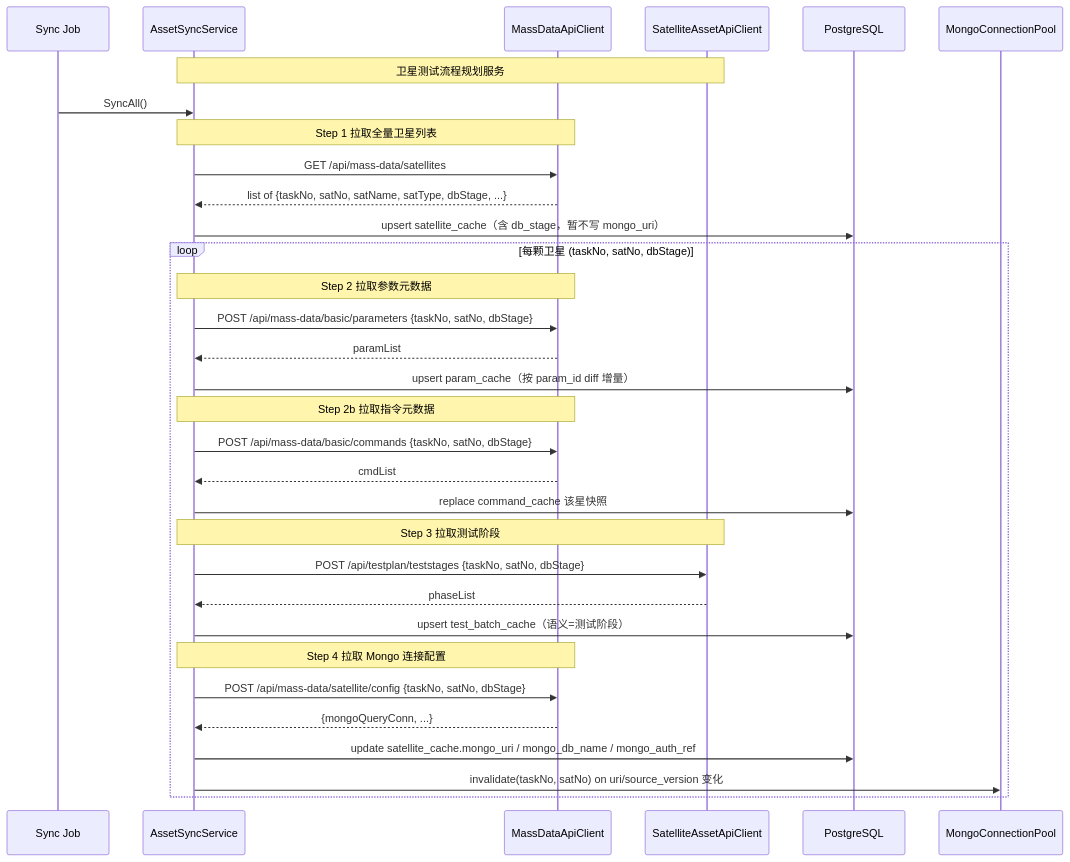
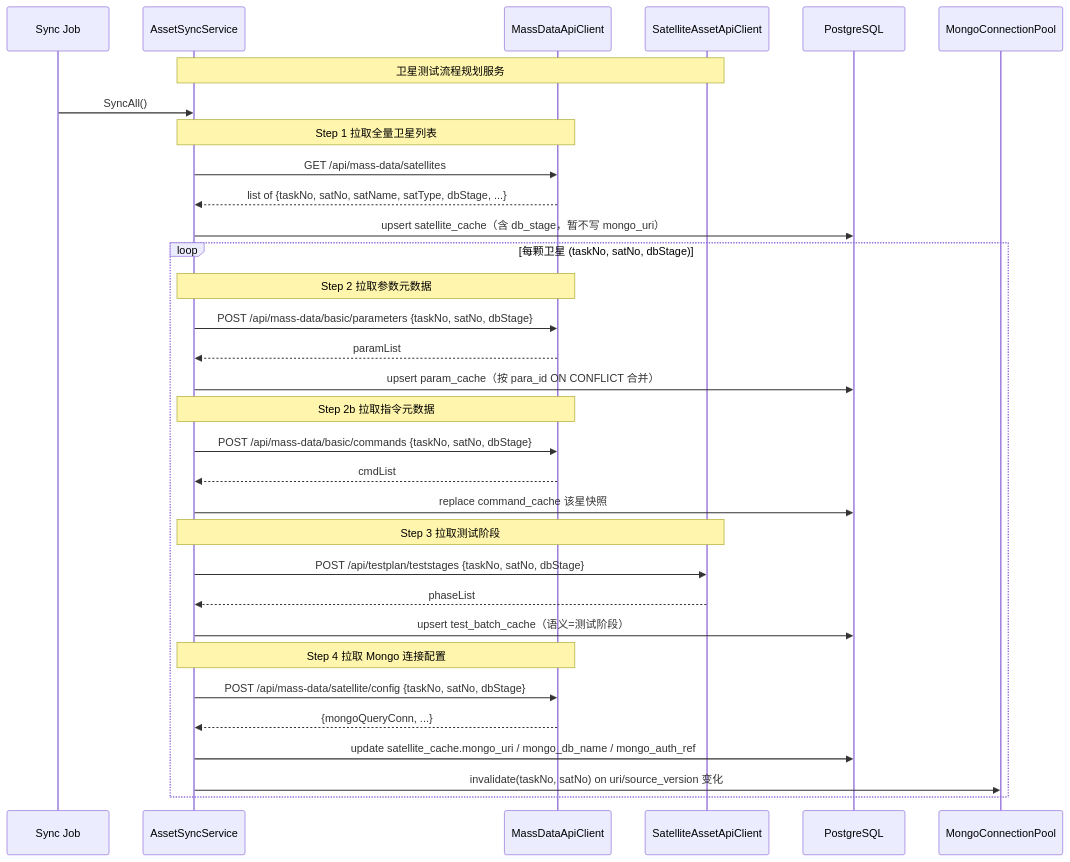
The third of 16 diagrams in design/详细设计文档_卫星测试数据预处理与数据分析平台_V2.0.md (supertsingbo-art/SatelliteDataAnalytics), drawn with Mermaid before and after one commit. The commit also changed other lines of this file and 9 other files, not shown here.

````diff
--- a/design/详细设计文档_卫星测试数据预处理与数据分析平台_V2.0.md
+++ b/design/详细设计文档_卫星测试数据预处理与数据分析平台_V2.0.md
@@ -1037,40 +1055,40 @@
 ```mermaid
 sequenceDiagram
     participant Job as Sync Job
     participant Sync as AssetSyncService
     participant Mass as MassDataApiClient
     participant Sat as SatelliteAssetApiClient
     Note over Sync,Sat: 卫星测试流程规划服务
     participant PG as PostgreSQL
     participant Pool as MongoConnectionPool
 
     Job->>Sync: SyncAll()
 
     Note over Sync,Mass: Step 1 拉取全量卫星列表
     Sync->>Mass: GET /api/mass-data/satellites
     Mass-->>Sync: list of {taskNo, satNo, satName, satType, dbStage, ...}
     Sync->>PG: upsert satellite_cache（含 db_stage，暂不写 mongo_uri）
 
     loop 每颗卫星 (taskNo, satNo, dbStage)
         Note over Sync,Mass: Step 2 拉取参数元数据
         Sync->>Mass: POST /api/mass-data/basic/parameters {taskNo, satNo, dbStage}
         Mass-->>Sync: paramList
-        Sync->>PG: upsert param_cache（按 param_id diff 增量）
+        Sync->>PG: upsert param_cache（按 para_id ON CONFLICT 合并）
 
         Note over Sync,Mass: Step 2b 拉取指令元数据
         Sync->>Mass: POST /api/mass-data/basic/commands {taskNo, satNo, dbStage}
         Mass-->>Sync: cmdList
         Sync->>PG: replace command_cache 该星快照
 
         Note over Sync,Sat: Step 3 拉取测试阶段
         Sync->>Sat: POST /api/testplan/teststages {taskNo, satNo, dbStage}
         Sat-->>Sync: phaseList
         Sync->>PG: upsert test_batch_cache（语义=测试阶段）
 
         Note over Sync,Mass: Step 4 拉取 Mongo 连接配置
         Sync->>Mass: POST /api/mass-data/satellite/config {taskNo, satNo, dbStage}
         Mass-->>Sync: {mongoQueryConn, ...}
         Sync->>PG: update satellite_cache.mongo_uri / mongo_db_name / mongo_auth_ref
         Sync->>Pool: invalidate(taskNo, satNo) on uri/source_version 变化
     end
 ```
````
